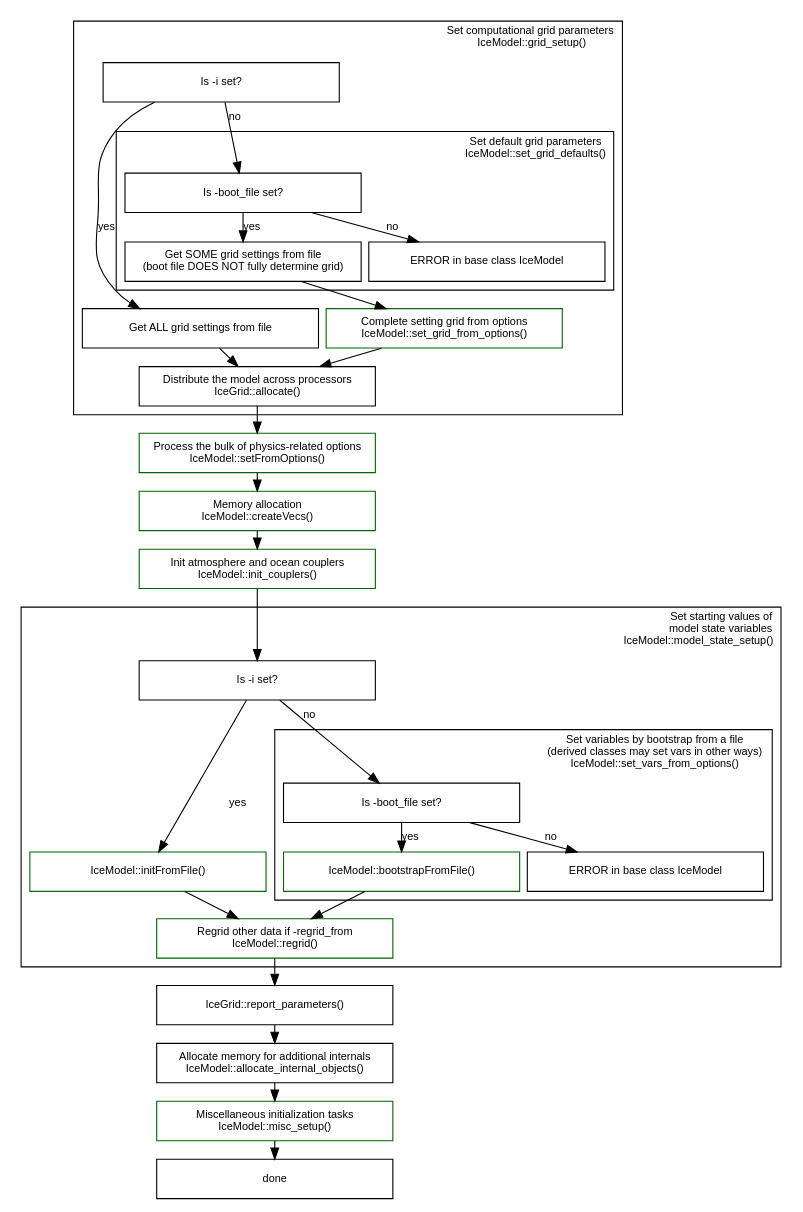
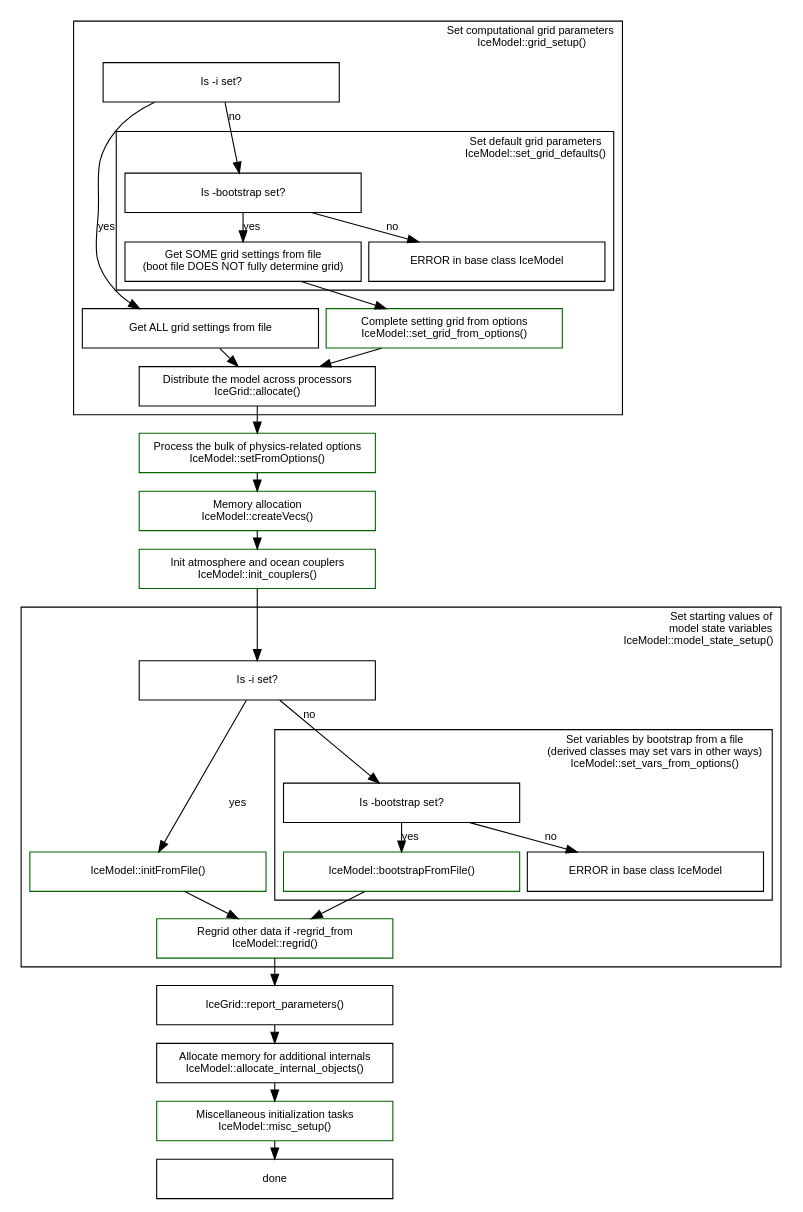
Before and after one commit to pism/pism: the diagram in doc/browser/initialization-sequence.dot, drawn with Graphviz. The commit also changed 56 other files, not shown here.

Commit message:
Replace -boot_file file.nc with -i file.nc -bootstrap in docs and scripts.

```diff
--- a/doc/browser/initialization-sequence.dot
+++ b/doc/browser/initialization-sequence.dot
@@ -1,100 +1,100 @@
 // Use
 // dot -Tpng initialization-sequence.dot -o initialization-sequence.png
 // to create the picture (or just grab it from the class browser).
 
 digraph pism_init {
   // Global graph parameters
   node [fontname=Arial fontsize=10 shape=box width=3];
   edge [fontname=Arial fontsize=10];
   graph [fontname=Arial fontsize=10 ranksep=0.1 nodesep=0.1];
 
   subgraph cluster_grid {
     label = "Set computational grid parameters\rIceModel::grid_setup()";
     URL = "@ref IceModel::grid_setup()";
     labeljust = r;
 
     is_i_set1 [label = "Is -i set?"];
 
     grid_from_file [label = "Get ALL grid settings from file" URL="@ref IceGrid::FromFile()"];
 
     subgraph cluster_set_grid_defaults {
       label = "Set default grid parameters\nIceModel::set_grid_defaults()";
       labeljust = r;
       URL = "@ref IceModel::set_grid_defaults()";
 
-      is_boot_file_set1 [label = "Is -boot_file set?"];
+      is_bootstrap_set1 [label = "Is -bootstrap set?"];
       
-      grid_from_boot_file [label = "Get SOME grid settings from file\n(boot file DOES NOT fully determine grid)" URL="@ref IceGrid::FromFile()"];
+      grid_from_bootstrap [label = "Get SOME grid settings from file\n(boot file DOES NOT fully determine grid)" URL="@ref IceGrid::FromFile()"];
       
       fail_in_IceModel1 [label = "ERROR in base class IceModel"]
       
-      is_boot_file_set1 -> grid_from_boot_file [label = "yes"];
-      is_boot_file_set1 -> fail_in_IceModel1 [label = "no"];
+      is_bootstrap_set1 -> grid_from_bootstrap [label = "yes"];
+      is_bootstrap_set1 -> fail_in_IceModel1 [label = "no"];
 
     }
 
-    is_i_set1 -> is_boot_file_set1 [label = "no"];
+    is_i_set1 -> is_bootstrap_set1 [label = "no"];
     is_i_set1 -> grid_from_file [label = "yes"];
 
     grid_from_options [label = "Complete setting grid from options\nIceModel::set_grid_from_options()" color=darkgreen URL="@ref IceModel::set_grid_from_options()"];
       
-    grid_from_boot_file -> grid_from_options;
+    grid_from_bootstrap -> grid_from_options;
 
     createDA [label = "Distribute the model across processors\nIceGrid::allocate()" URL="@ref IceGrid::allocate()"];
     {grid_from_file grid_from_options} -> createDA;
   }
 
   setFromOptions [label = "Process the bulk of physics-related options\nIceModel::setFromOptions()" color=darkgreen URL="@ref IceModel::setFromOptions()"];
   createDA -> setFromOptions;
   
   createVecs [label = "Memory allocation\nIceModel::createVecs()" color=darkgreen URL="@ref IceModel::createVecs()"];
   setFromOptions -> createVecs;
 
   init_couplers [label = "Init atmosphere and ocean couplers\nIceModel::init_couplers()" color=darkgreen URL="@ref IceModel::init_couplers()"];
   createVecs -> init_couplers;
 
   init_couplers -> is_i_set2;
 
   subgraph cluster_model_state {
     label = "Set starting values of\rmodel state variables\rIceModel::model_state_setup()";
     labeljust = r;
     URL = "@ref IceModel::model_state_setup()";
 
     is_i_set2 [label = "Is -i set?"];
 
     initFromFile [label = "IceModel::initFromFile()" color=darkgreen URL="@ref IceModel::initFromFile()"];
     
     subgraph cluster_set_values_from_options {
       label = "Set variables by bootstrap from a file\n(derived classes may set vars in other ways) \nIceModel::set_vars_from_options()";
       labeljust = r;
       URL = "@ref IceModel::set_vars_from_options()";
 
-      is_boot_file_set [label = "Is -boot_file set?"];
+      is_bootstrap_set [label = "Is -bootstrap set?"];
       
       bootstrap_from_file [label = "IceModel::bootstrapFromFile()" color=darkgreen URL="@ref IceModel::bootstrapFromFile()"];
       
       fail_in_IceModel [label = "ERROR in base class IceModel"]
       
-      is_boot_file_set -> bootstrap_from_file [label = "yes"];
-      is_boot_file_set -> fail_in_IceModel [label = "no"];
+      is_bootstrap_set -> bootstrap_from_file [label = "yes"];
+      is_bootstrap_set -> fail_in_IceModel [label = "no"];
       
     }
     is_i_set2 -> initFromFile [label = "yes"];
-    is_i_set2 -> is_boot_file_set [label = "no"];
+    is_i_set2 -> is_bootstrap_set [label = "no"];
 
     regrid [label = "Regrid other data if -regrid_from\nIceModel::regrid()" color=darkgreen URL="@ref IceModel::regrid()"];
     {initFromFile bootstrap_from_file} -> regrid;
   }  
 
 
   report [label = "IceGrid::report_parameters()" URL="@ref IceGrid::report_parameters()"];
   regrid -> report;
 
   allocate_internal_objects [label = "Allocate memory for additional internals\nIceModel::allocate_internal_objects()" URL="@ref IceModel::allocate_internal_objects()"];
   report -> allocate_internal_objects;
 
   misc [label = "Miscellaneous initialization tasks\nIceModel::misc_setup()" color=darkgreen URL="@ref IceModel::misc_setup()"];
   allocate_internal_objects -> misc;
 
   misc -> done;
 }
```
